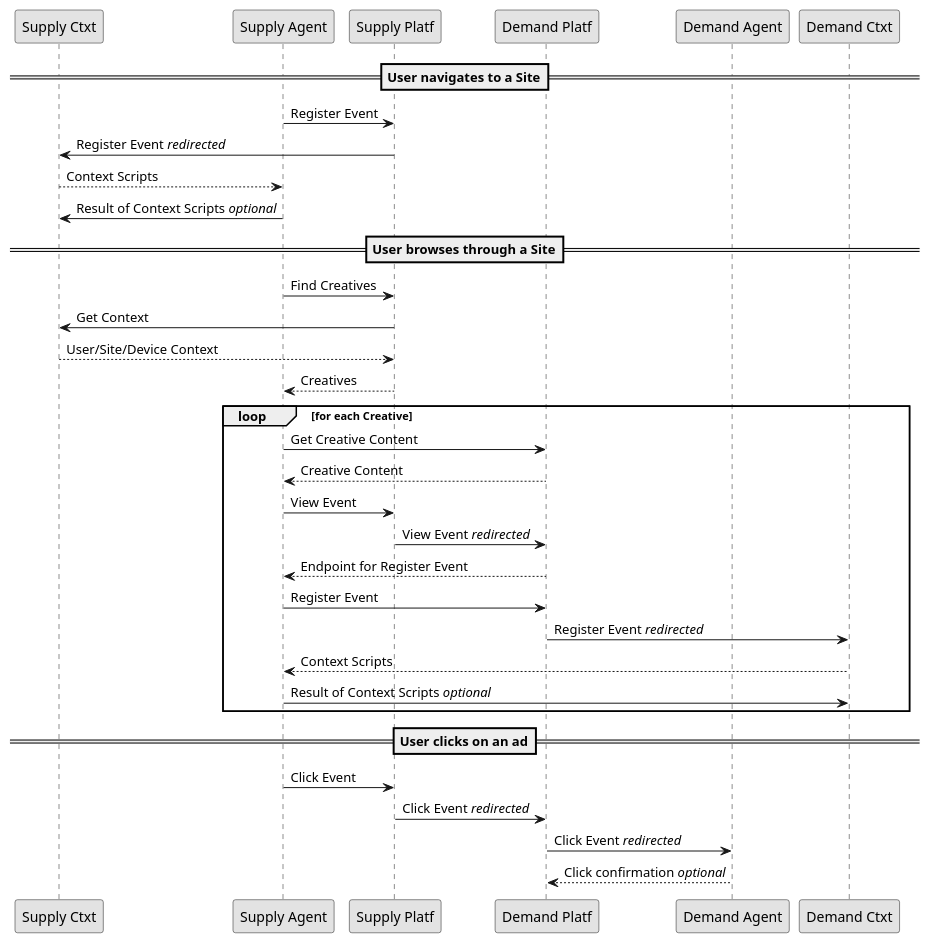
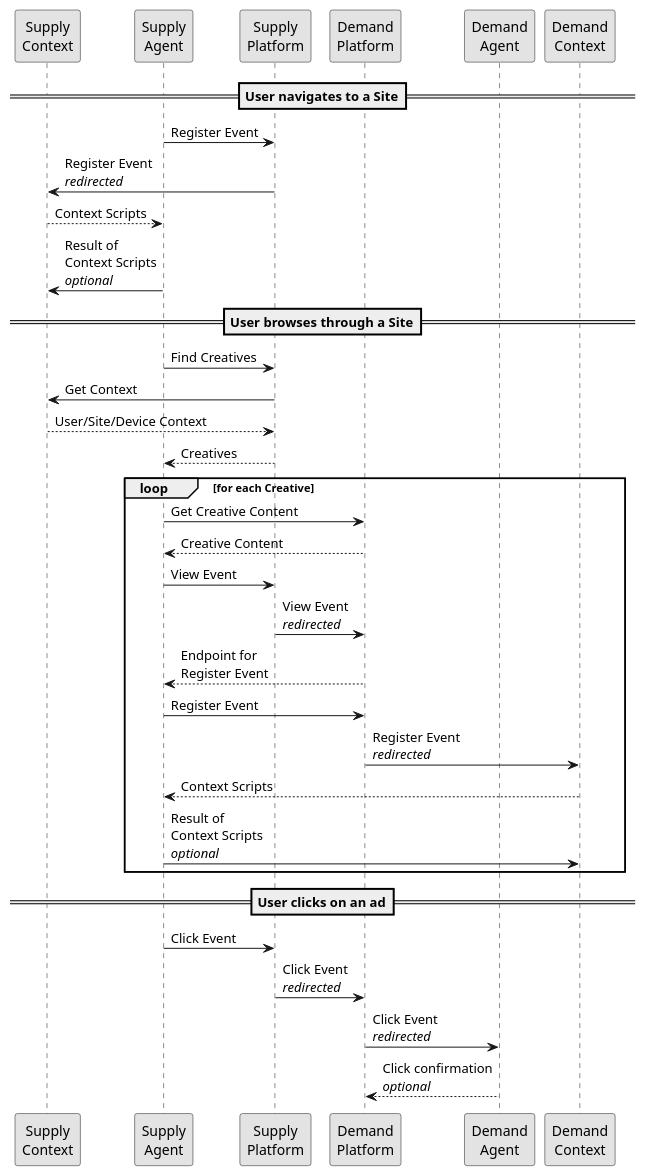
The diagram in protocol/impressions/index.rst (adshares/adshares-docs), drawn with PlantUML before and after one commit. The commit also changed 14 other files, not shown here.

Commit message:
diagrams & PNGs

```diff
--- a/protocol/impressions/index.rst
+++ b/protocol/impressions/index.rst
@@ -6,44 +6,44 @@
 .. uml::
     :align: center
 
     skinparam monochrome true
 
-    participant "Supply Ctxt"      as SCP
-    participant "Supply Agent"     as SSA
-    participant "Supply Platf"     as SSP
-    participant "Demand Platf"     as DSP
-    participant "Demand Agent"     as DSA
-    participant "Demand Ctxt"      as DCP
+    participant "Supply\nContext"      as SCP
+    participant "Supply\nAgent"        as SSA
+    participant "Supply\nPlatform"     as SSP
+    participant "Demand\nPlatform"     as DSP
+    participant "Demand\nAgent"        as DSA
+    participant "Demand\nContext"      as DCP
 
     ==User navigates to a Site==
 
     SSA -> SSP : Register Event
-    SSP -> SCP : Register Event //redirected//
+    SSP -> SCP : Register Event\n//redirected//
     SCP --> SSA: Context Scripts
-    SSA -> SCP: Result of Context Scripts //optional//
+    SSA -> SCP: Result of\nContext Scripts\n//optional//
 
     ==User browses through a Site==
 
     SSA -> SSP : Find Creatives
     SSP -> SCP : Get Context
     SCP --> SSP : User/Site/Device Context
     SSP --> SSA : Creatives
 
     loop for each Creative
         SSA -> DSP : Get Creative Content
         DSP --> SSA : Creative Content
         SSA -> SSP : View Event
-        SSP -> DSP: View Event //redirected//
-        DSP --> SSA: Endpoint for Register Event
+        SSP -> DSP: View Event\n//redirected//
+        DSP --> SSA: Endpoint for\nRegister Event
         SSA -> DSP : Register Event
-        DSP -> DCP: Register Event //redirected//
+        DSP -> DCP: Register Event\n//redirected//
         DCP --> SSA: Context Scripts
-        SSA -> DCP: Result of Context Scripts //optional//
+        SSA -> DCP: Result of\nContext Scripts\n//optional//
     end
     
     ==User clicks on an ad==
 
     SSA -> SSP : Click Event
-    SSP -> DSP : Click Event //redirected//
-    DSP -> DSA : Click Event //redirected//
-    DSA --> DSP: Click confirmation //optional//
+    SSP -> DSP : Click Event\n//redirected//
+    DSP -> DSA : Click Event\n//redirected//
+    DSA --> DSP: Click confirmation\n//optional//
```
